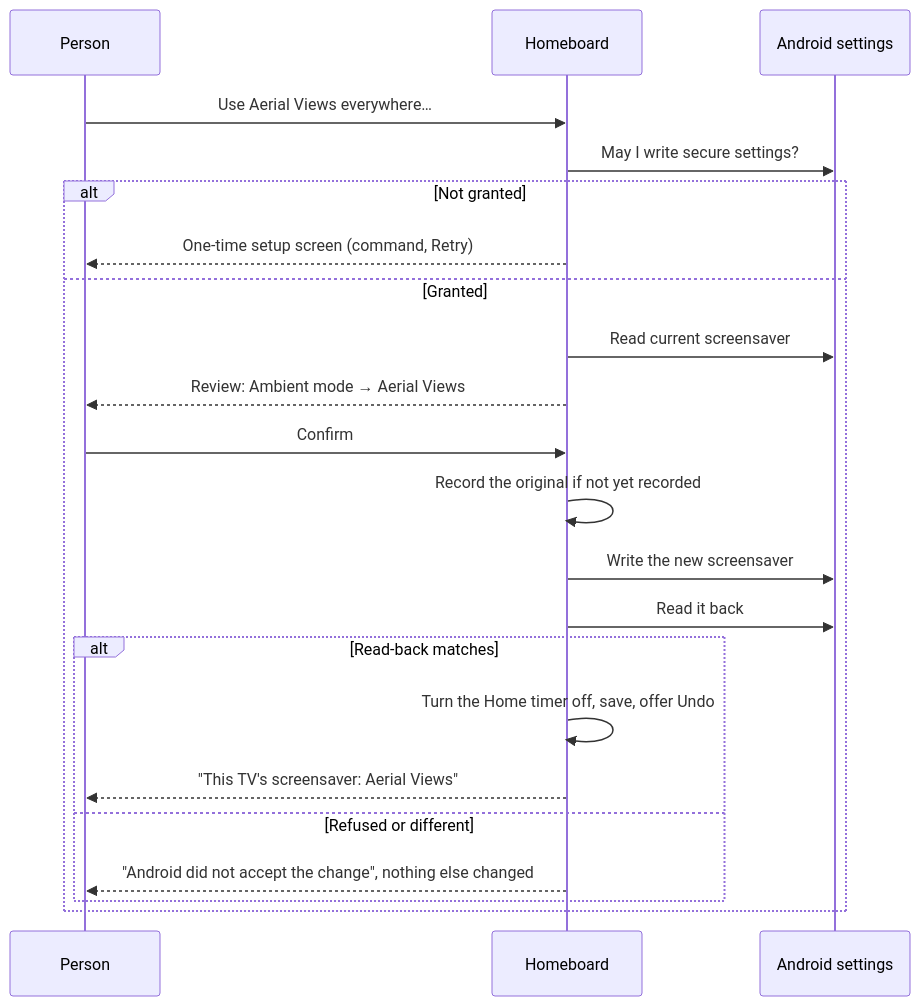
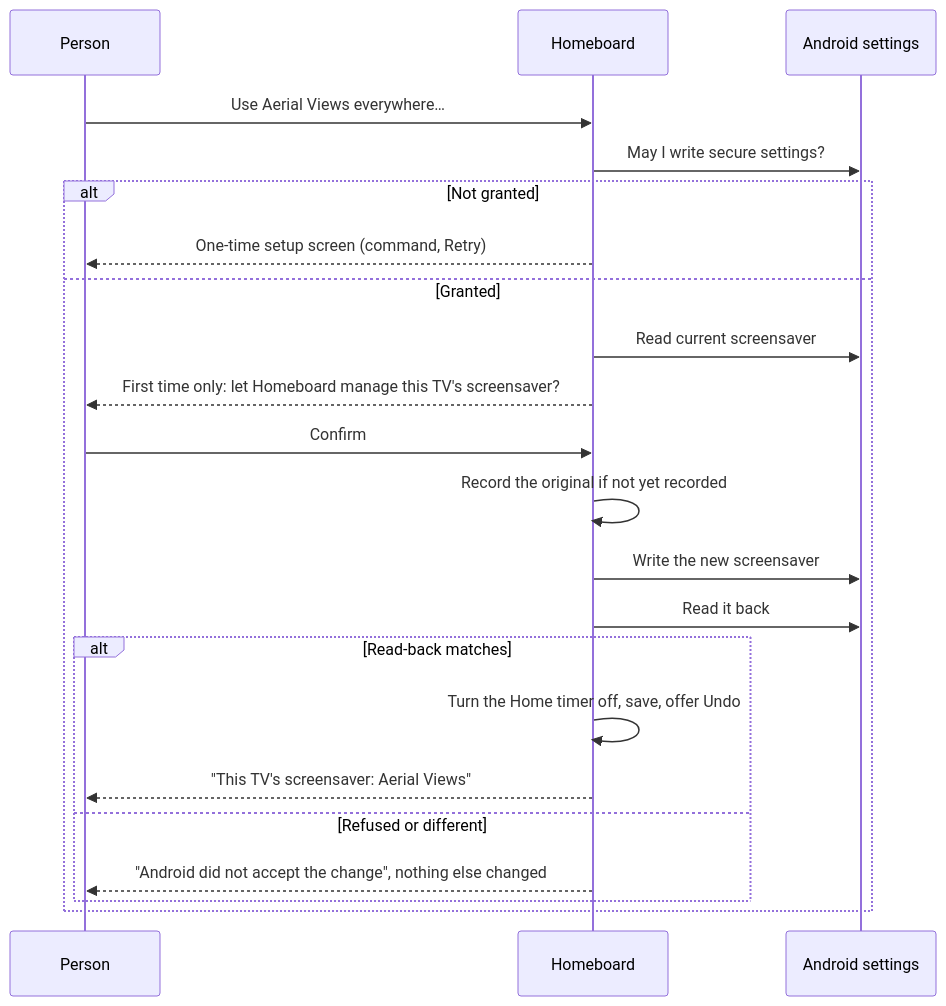
Before and after one commit to wbniv/homeboard-tv: the fourth of 5 diagrams in docs/plans/2026-11-20-screensavers.md, drawn with Mermaid. The commit also changed other lines of this file and 7 other files, not shown here.

````diff
--- a/docs/plans/2026-11-20-screensavers.md
+++ b/docs/plans/2026-11-20-screensavers.md
@@ -221,24 +242,24 @@
 ```mermaid
 sequenceDiagram
     participant P as Person
     participant H as Homeboard
     participant A as Android settings
     P->>H: Use Aerial Views everywhere…
     H->>A: May I write secure settings?
     alt Not granted
         H-->>P: One-time setup screen (command, Retry)
     else Granted
         H->>A: Read current screensaver
-        H-->>P: Review: Ambient mode → Aerial Views
+        H-->>P: First time only: let Homeboard manage this TV's screensaver?
         P->>H: Confirm
         H->>H: Record the original if not yet recorded
         H->>A: Write the new screensaver
         H->>A: Read it back
         alt Read-back matches
             H->>H: Turn the Home timer off, save, offer Undo
             H-->>P: "This TV's screensaver: Aerial Views"
         else Refused or different
             H-->>P: "Android did not accept the change", nothing else changed
         end
     end
 ```
````
